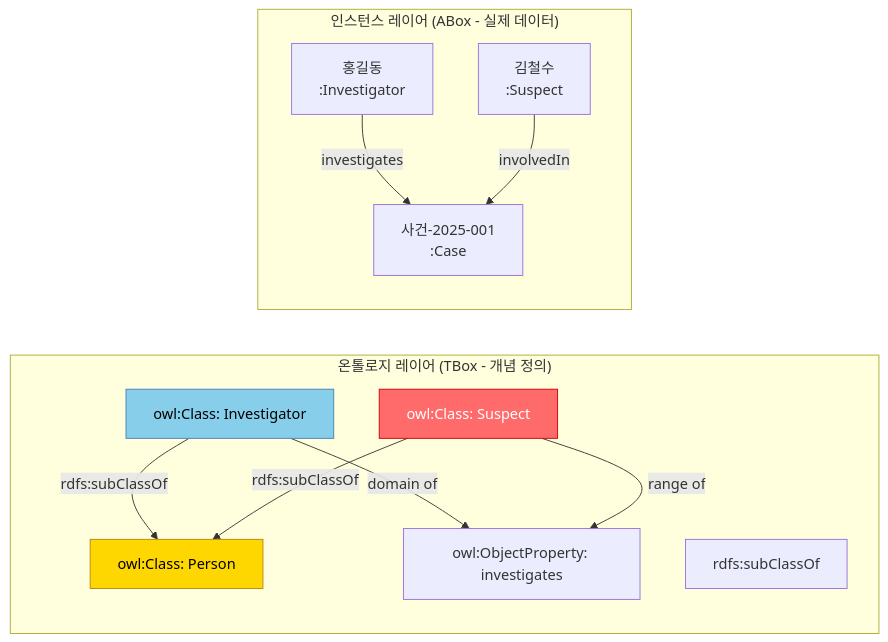
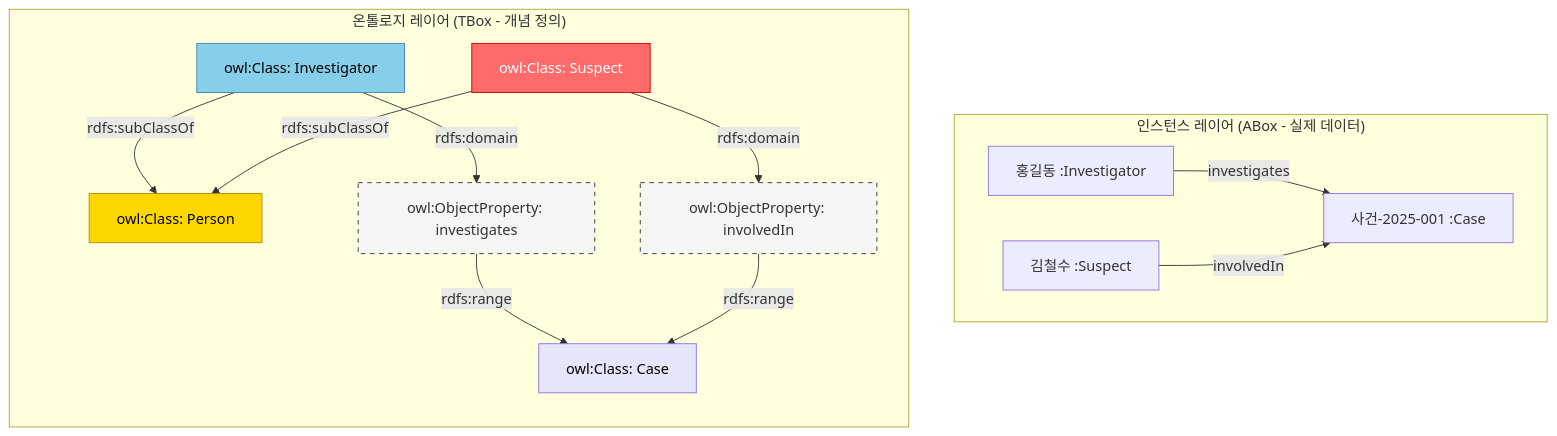
The second of 11 diagrams in _posts/2026-04-06-팔란티어-gotham-스타일-수사-프로파일링-시스템.md (k82022603/k82022603.github.io), drawn with Mermaid before and after one commit. The commit also changed other lines of this file, not shown here.

Commit message:
auto: sync wiki to blog [2026-04-08 09:05:40]

````diff
--- a/_posts/2026-04-06-팔란티어-gotham-스타일-수사-프로파일링-시스템.md
+++ b/_posts/2026-04-06-팔란티어-gotham-스타일-수사-프로파일링-시스템.md
@@ -178,28 +177,46 @@
 ```mermaid
-graph LR
-    subgraph "온톨로지 레이어 (TBox - 개념 정의)"
+graph TD
+
+    subgraph ABox ["인스턴스 레이어 (ABox - 실제 데이터)"]
+        I1["홍길동 :Investigator"]
+        I2["김철수 :Suspect"]
+        I3["사건-2025-001 :Case"]
+
+        I1 -- "investigates" --> I3
+        I2 -- "involvedIn" --> I3
+    end
+
+
+    subgraph TBox ["온톨로지 레이어 (TBox - 개념 정의)"]
+        direction TB
         C1["owl:Class: Person"]
         C2["owl:Class: Investigator"]
         C3["owl:Class: Suspect"]
-        C4["owl:ObjectProperty: investigates"]
-        C5["rdfs:subClassOf"]
+        C4["owl:Class: Case"]
         
-        C2 -->|"rdfs:subClassOf"| C1
-        C3 -->|"rdfs:subClassOf"| C1
-        C2 -->|"domain of"| C4
-        C3 -->|"range of"| C4
-    end
-    
-    subgraph "인스턴스 레이어 (ABox - 실제 데이터)"
-        I1["홍길동\n:Investigator"]
-        I2["김철수\n:Suspect"]
-        I3["사건-2025-001\n:Case"]
+        P1["owl:ObjectProperty: investigates"]
+        P2["owl:ObjectProperty: involvedIn"]
+
+        %% 계층 구조
+        C2 -- "rdfs:subClassOf" --> C1
+        C3 -- "rdfs:subClassOf" --> C1
+
+        %% 관계 정의 (Domain & Range)
+        C2 -- "rdfs:domain" --> P1
+        P1 -- "rdfs:range" --> C4
         
-        I1 -->|"investigates"| I3
-        I2 -->|"involvedIn"| I3
+        C3 -- "rdfs:domain" --> P2
+        P2 -- "rdfs:range" --> C4
     end
 
+
+    %% 스타일링
     style C1 fill:#FFD700,stroke:#B8860B,color:#000
     style C2 fill:#87CEEB,stroke:#4682B4,color:#000
     style C3 fill:#FF6B6B,stroke:#CC0000,color:#fff
+    style C4 fill:#E6E6FA,stroke:#9370DB,color:#000
+    style P1 fill:#F5F5F5,stroke:#333,stroke-dasharray: 5 5
+    style P2 fill:#F5F5F5,stroke:#333,stroke-dasharray: 5 5
+
+
 ```
````
